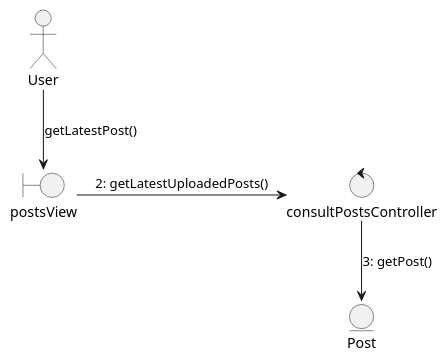
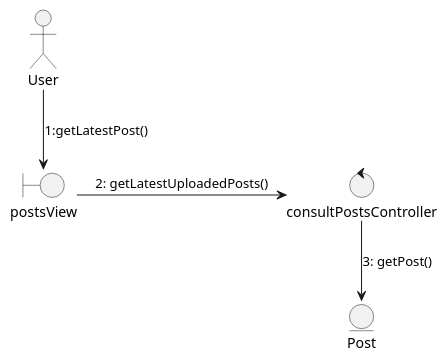
The diagram in docs/scenariosView/collaborationDiagram/useCase-ConsultarPublicaciones.puml (Dayannis-07/ING_SOFT), drawn with PlantUML before and after one commit. The commit also changed 3 other files, not shown here.

```diff
--- a/docs/scenariosView/collaborationDiagram/useCase-ConsultarPublicaciones.puml
+++ b/docs/scenariosView/collaborationDiagram/useCase-ConsultarPublicaciones.puml
@@ -1,9 +1,9 @@
 @startuml consultar publicaciones
 actor User
 boundary "postsView" as view
-User-->view : "getLatestPost()"
+User-->view : 1:getLatestPost()
 control "consultPostsController" as controller
 view-r->controller :2: getLatestUploadedPosts()
 entity "Post" as P
 controller-->P : 3: getPost()
 @enduml
```
